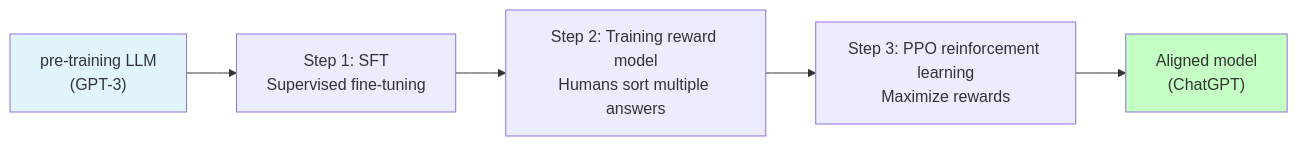
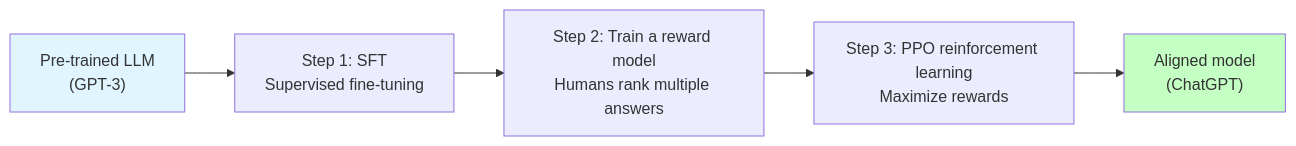
One commit to TingdeLiu/tingdeliu.github.io changed diagram 12 of 15 in _translations/en/research/Deep-Learning-Survey.md. Above: the diagram before and after it, drawn with Mermaid. The commit also changed other lines of this file and 51 other files, not shown here.

````diff
--- a/_translations/en/research/Deep-Learning-Survey.md
+++ b/_translations/en/research/Deep-Learning-Survey.md
@@ -1847,9 +1847,9 @@
 ```mermaid
 flowchart LR
-    PT["pre-training LLM<br/>(GPT-3)"] --> SFT["Step 1: SFT<br/>Supervised fine-tuning"]
-    SFT --> RM["Step 2: Training reward model<br/>Humans sort multiple answers"]
+    PT["Pre-trained LLM<br/>(GPT-3)"] --> SFT["Step 1: SFT<br/>Supervised fine-tuning"]
+    SFT --> RM["Step 2: Train a reward model<br/>Humans rank multiple answers"]
     RM --> PPO["Step 3: PPO reinforcement learning<br/>Maximize rewards"]
     PPO --> ALIGNED["Aligned model<br/>(ChatGPT)"]
     style PT fill:#e1f5ff
     style ALIGNED fill:#c4ffc4
 ```
````
